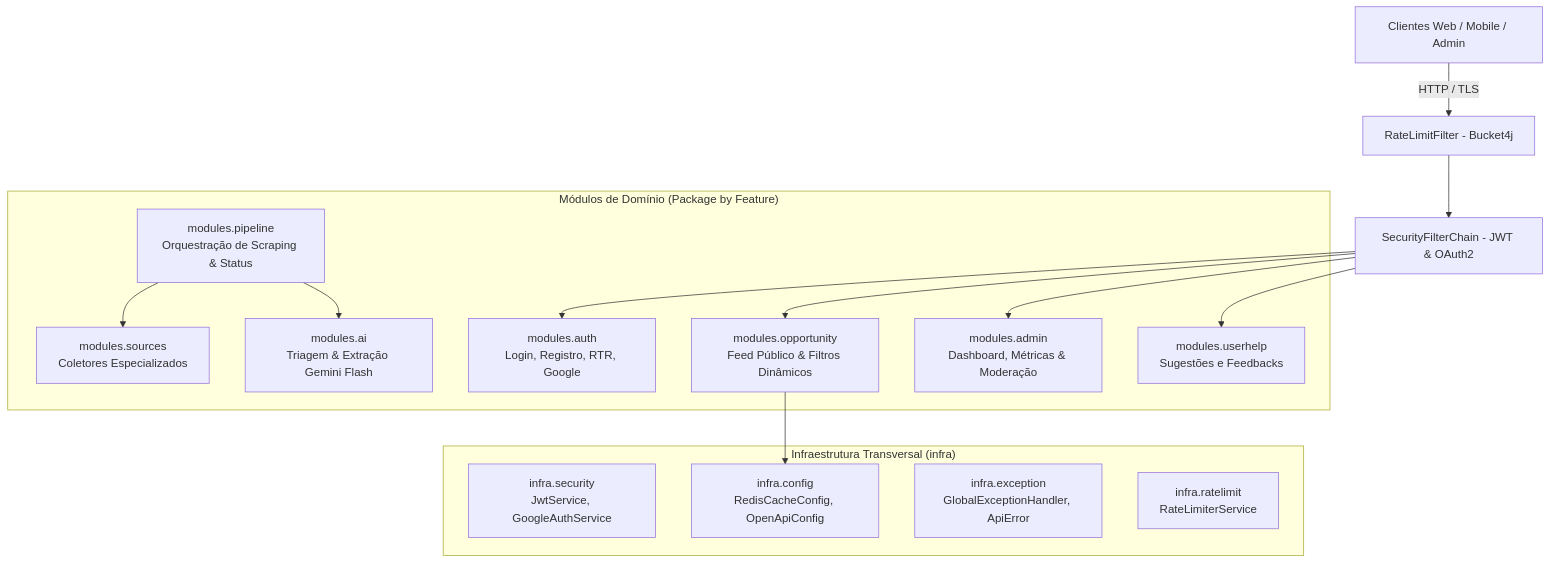
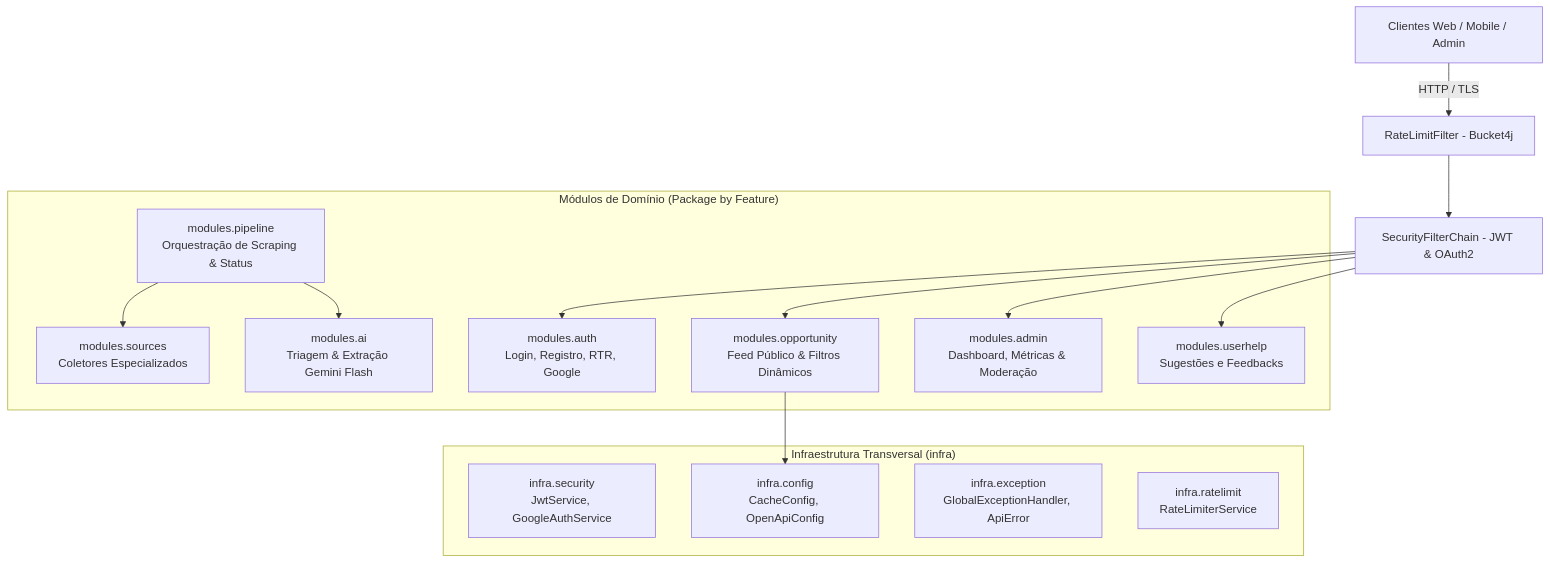
Before and after one commit to Lucasfcz/coralinkAPI: the first of 2 diagrams in README.md, drawn with Mermaid. The commit also changed other lines of this file and 4 other files, not shown here.

First line of the commit message:
docs(cache): update README, OpenAPI descriptions, and comments for Caffeine

````diff
--- a/README.md
+++ b/README.md
@@ -56,31 +56,31 @@
 ```mermaid
 graph TD
     Client[Clientes Web / Mobile / Admin] -->|HTTP / TLS| RateLimit[RateLimitFilter - Bucket4j]
     RateLimit --> Security[SecurityFilterChain - JWT & OAuth2]
     
     subgraph "Módulos de Domínio (Package by Feature)"
         AuthMod[modules.auth<br/>Login, Registro, RTR, Google]
         OppMod[modules.opportunity<br/>Feed Público & Filtros Dinâmicos]
         AdminMod[modules.admin<br/>Dashboard, Métricas & Moderação]
         PipeMod[modules.pipeline<br/>Orquestração de Scraping & Status]
         AiMod[modules.ai<br/>Triagem & Extração Gemini Flash]
         SrcMod[modules.sources<br/>Coletores Especializados]
         HelpMod[modules.userhelp<br/>Sugestões e Feedbacks]
     end
 
     subgraph "Infraestrutura Transversal (infra)"
         InfraSec[infra.security<br/>JwtService, GoogleAuthService]
-        InfraCfg[infra.config<br/>RedisCacheConfig, OpenApiConfig]
+        InfraCfg[infra.config<br/>CacheConfig, OpenApiConfig]
         InfraExc[infra.exception<br/>GlobalExceptionHandler, ApiError]
         InfraLim[infra.ratelimit<br/>RateLimiterService]
     end
 
     Security --> AuthMod
     Security --> OppMod
     Security --> AdminMod
     Security --> HelpMod
 
     PipeMod --> SrcMod
     PipeMod --> AiMod
     OppMod --> InfraCfg
 ```
````
